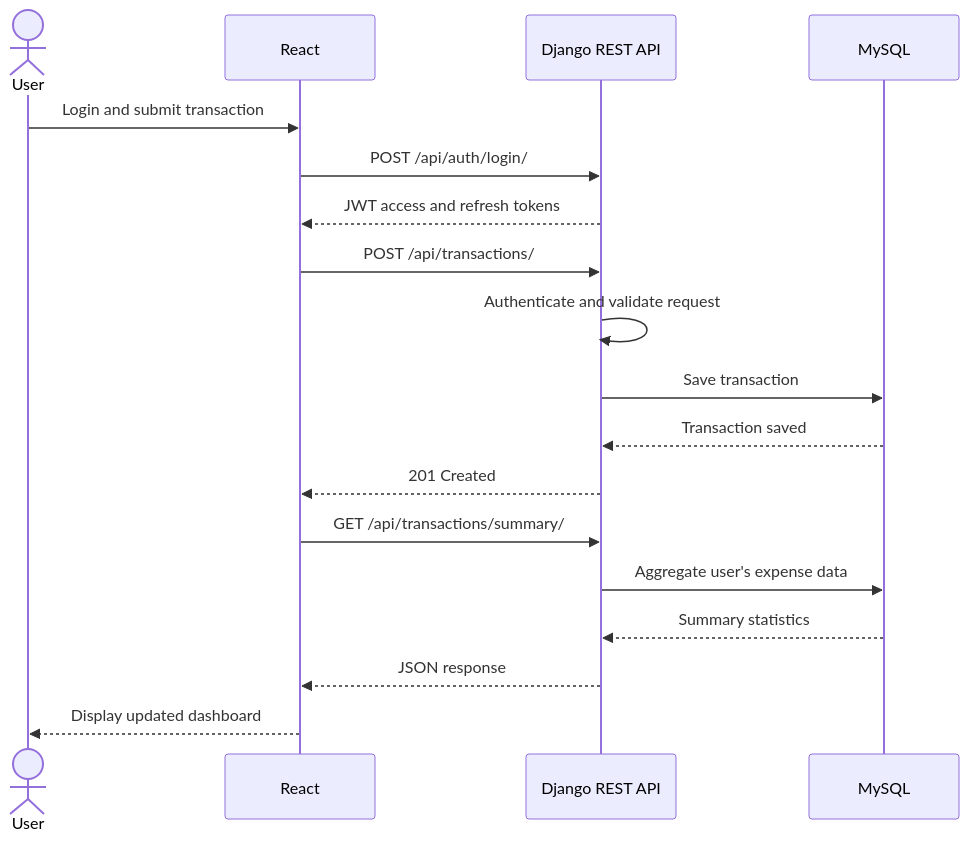
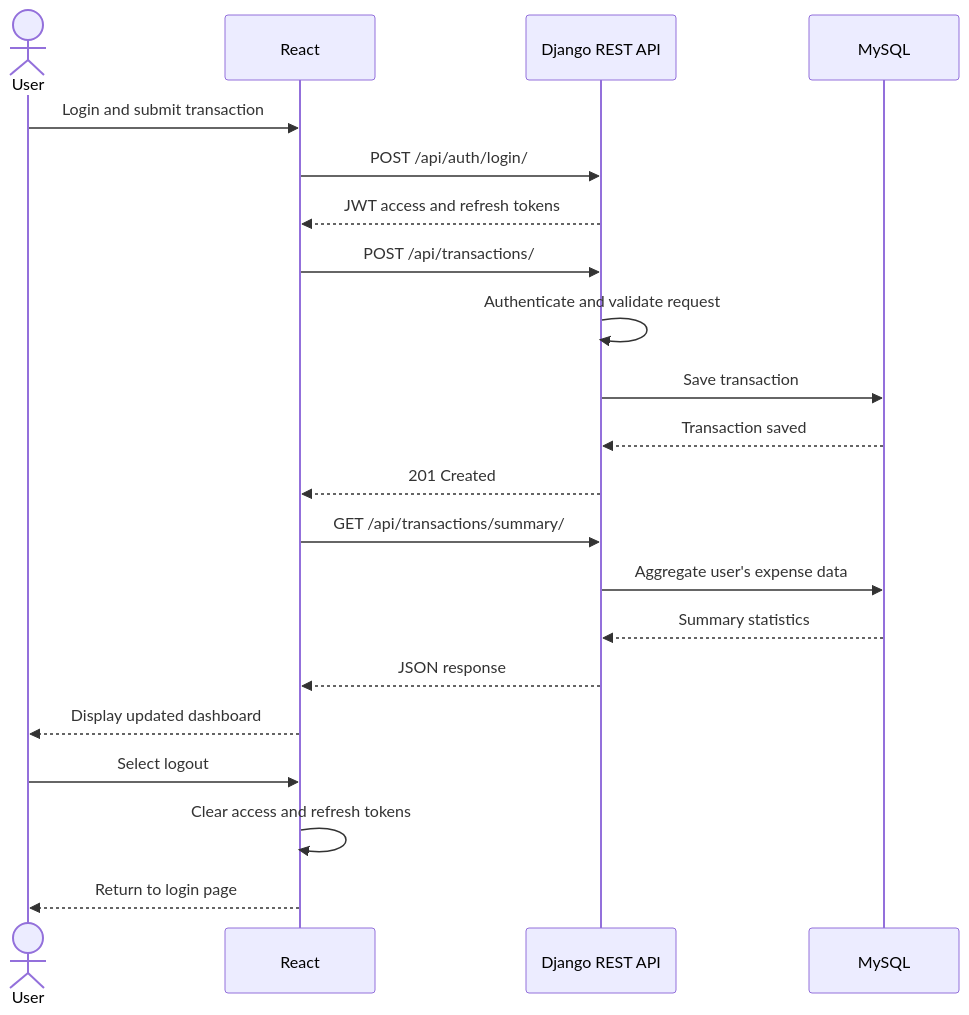
Before and after one commit to schak04/personal-expense-tracker: the third of 3 diagrams in README.md, drawn with Mermaid. The commit also changed other lines of this file, not shown here.

````diff
--- a/README.md
+++ b/README.md
@@ -115,21 +118,24 @@
 ```mermaid
 sequenceDiagram
     actor User
     participant React
     participant Django as Django REST API
     participant DB as MySQL
 
     User->>React: Login and submit transaction
     React->>Django: POST /api/auth/login/
     Django-->>React: JWT access and refresh tokens
     React->>Django: POST /api/transactions/
     Django->>Django: Authenticate and validate request
     Django->>DB: Save transaction
     DB-->>Django: Transaction saved
     Django-->>React: 201 Created
     React->>Django: GET /api/transactions/summary/
     Django->>DB: Aggregate user's expense data
     DB-->>Django: Summary statistics
     Django-->>React: JSON response
     React-->>User: Display updated dashboard
+    User->>React: Select logout
+    React->>React: Clear access and refresh tokens
+    React-->>User: Return to login page
 ```
````
